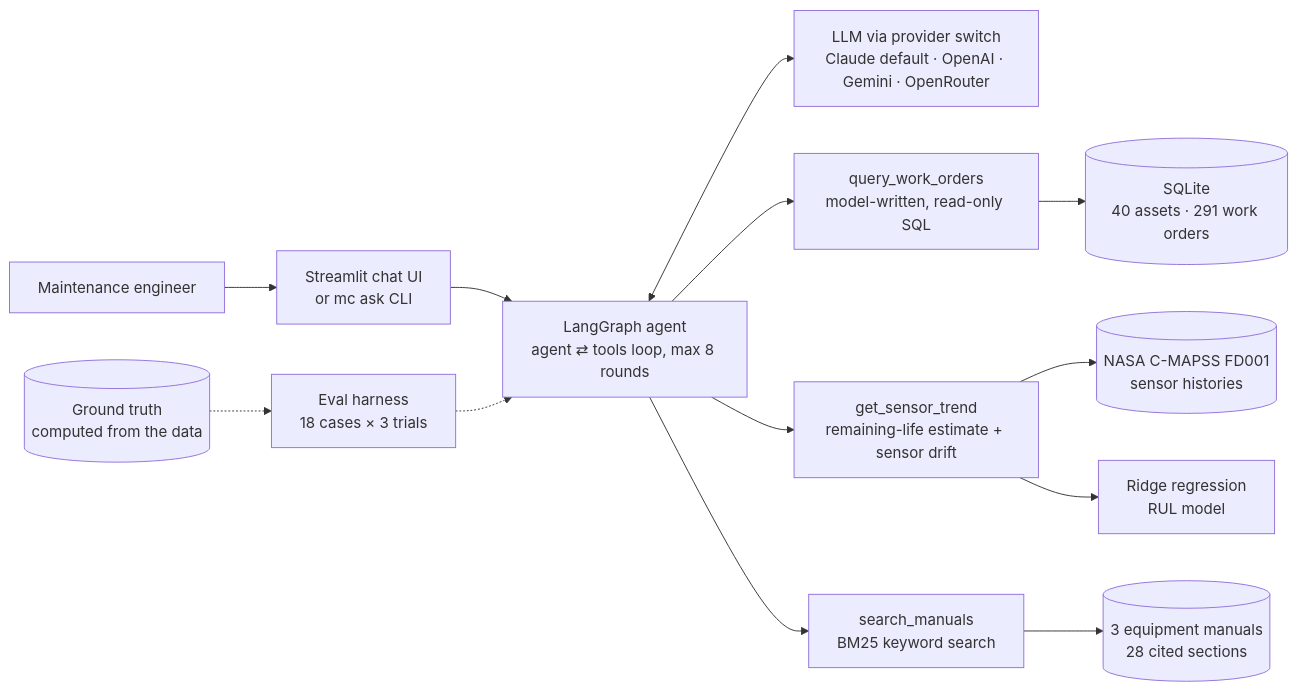
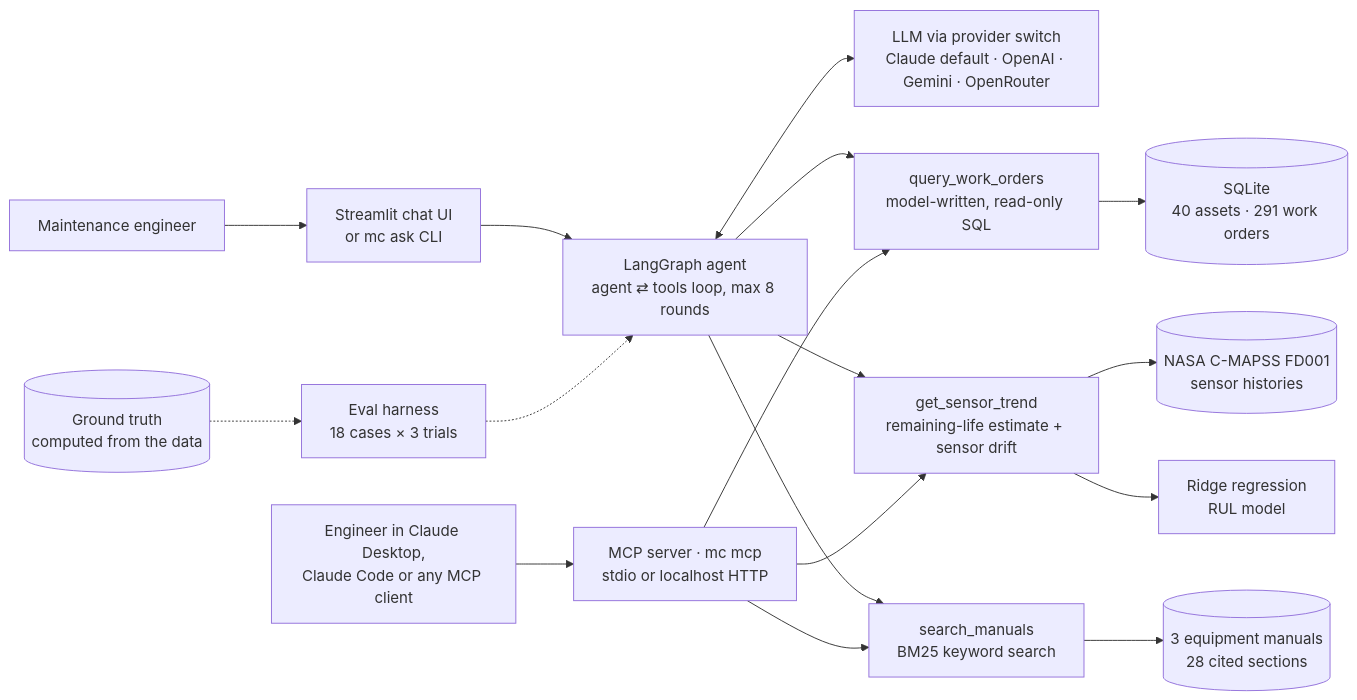
One commit to mojorisin/maintenance-copilot changed the diagram in README.md. Above: the diagram before and after it, drawn with Mermaid. The commit also changed other lines of this file and 4 other files, not shown here.

````diff
--- a/README.md
+++ b/README.md
@@ -39,15 +39,19 @@
 ```mermaid
 flowchart LR
     U["Maintenance engineer"] --> UI["Streamlit chat UI<br/>or mc ask CLI"]
+    U2["Engineer in Claude Desktop,<br/>Claude Code or any MCP client"] --> MCP["MCP server · mc mcp<br/>stdio or localhost HTTP"]
     UI --> A["LangGraph agent<br/>agent ⇄ tools loop, max 8 rounds"]
     A <--> LLM["LLM via provider switch<br/>Claude default · OpenAI · Gemini · OpenRouter"]
     A --> T1["query_work_orders<br/>model-written, read-only SQL"]
     A --> T2["get_sensor_trend<br/>remaining-life estimate + sensor drift"]
     A --> T3["search_manuals<br/>BM25 keyword search"]
+    MCP --> T1
+    MCP --> T2
+    MCP --> T3
     T1 --> DB[("SQLite<br/>40 assets · 291 work orders")]
     T2 --> CM[("NASA C-MAPSS FD001<br/>sensor histories")]
     T2 --> RM["Ridge regression<br/>RUL model"]
     T3 --> MAN[("3 equipment manuals<br/>28 cited sections")]
     GT[("Ground truth<br/>computed from the data")] -.-> E["Eval harness<br/>18 cases × 3 trials"]
     E -.-> A
 ```
````
